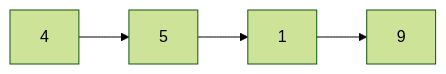
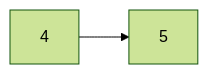
One commit to Indomi/LeetCodePractice changed the diagram in 237. 删除链表中的节点.md. Above: the diagram before and after it, drawn with Mermaid (forest theme). The commit also changed other lines of this file, not shown here.

````diff
--- a/237. 删除链表中的节点.md
+++ b/237. 删除链表中的节点.md
@@ -5,6 +5,4 @@
 ```mermaid
 graph LR;
-  4-->5
-  5-->1
-  1-->9
+A[4] --> B[5]
 ```
````
